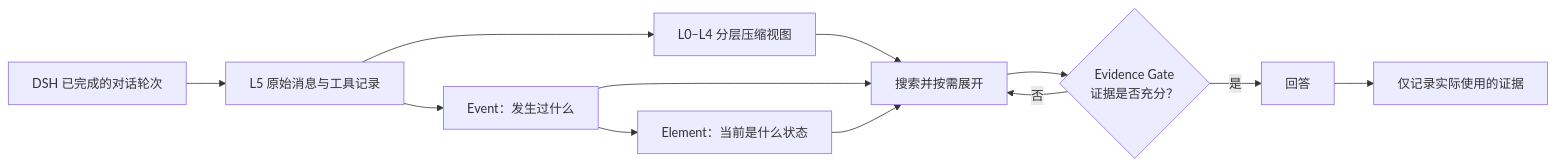
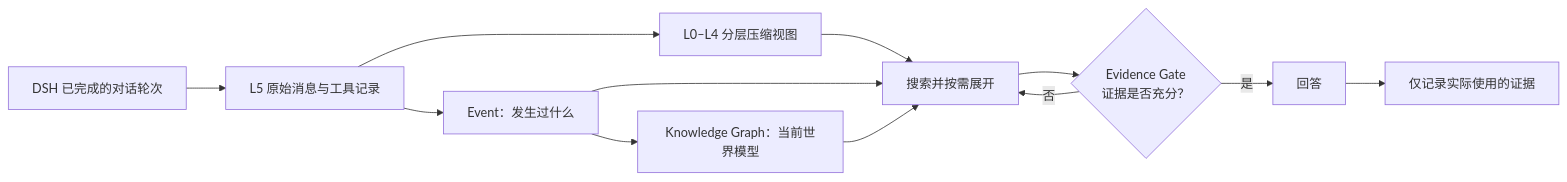
The diagram in integrations/deepseek-harness/docs/README.zh-CN.md (Triple3h/StrataGate-AgentMemory), drawn with Mermaid before and after one commit. The commit also changed other lines of this file and 25 other files, not shown here.

````diff
--- a/integrations/deepseek-harness/docs/README.zh-CN.md
+++ b/integrations/deepseek-harness/docs/README.zh-CN.md
@@ -23,14 +23,14 @@
 ```mermaid
 flowchart LR
   A[DSH 已完成的对话轮次] --> B[L5 原始消息与工具记录]
   B --> C[L0–L4 分层压缩视图]
   B --> D[Event：发生过什么]
-  D --> E[Element：当前是什么状态]
+  D --> E[Knowledge Graph：当前世界模型]
   C --> F[搜索并按需展开]
   D --> F
   E --> F
   F --> G{Evidence Gate<br/>证据是否充分？}
   G -->|否| F
   G -->|是| H[回答]
   H --> I[仅记录实际使用的证据]
 ```
````
